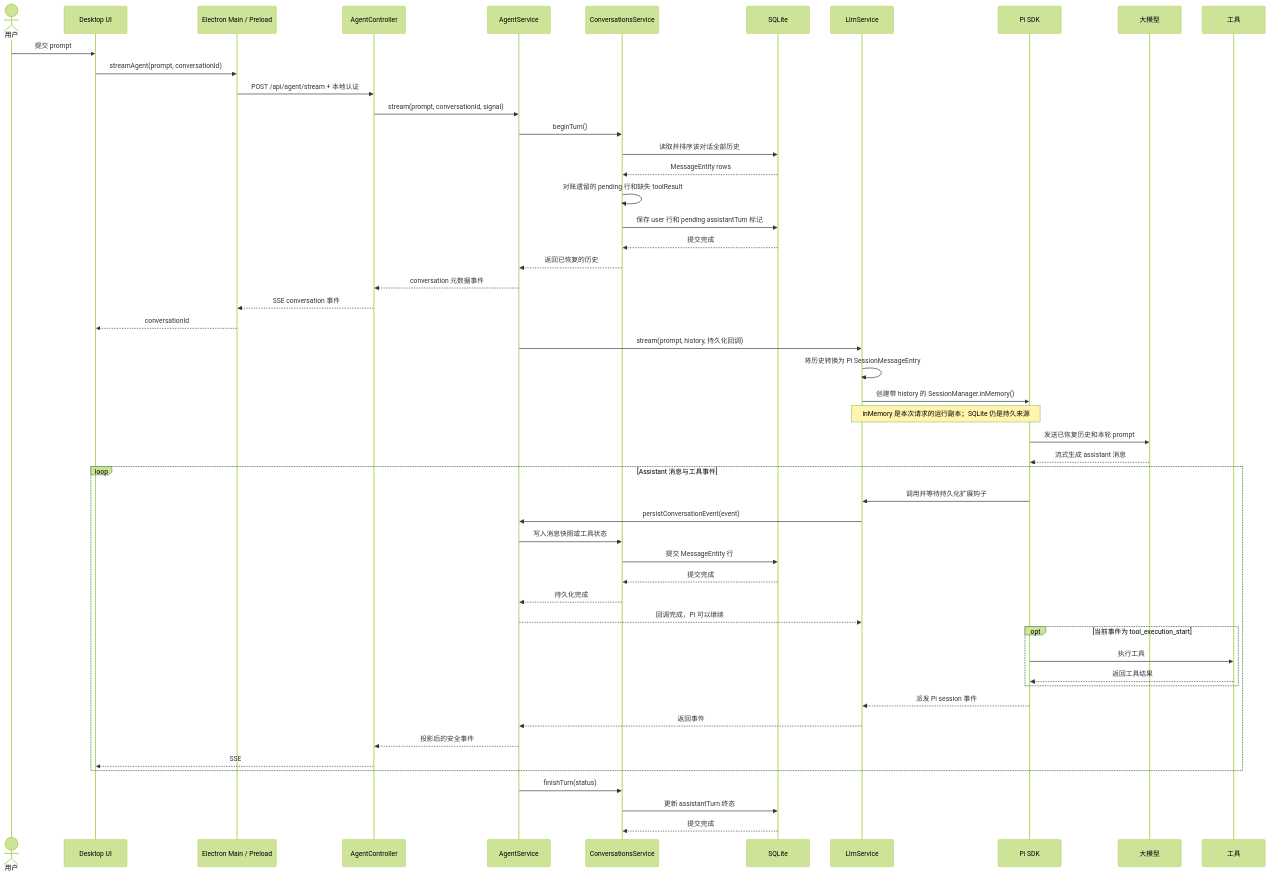
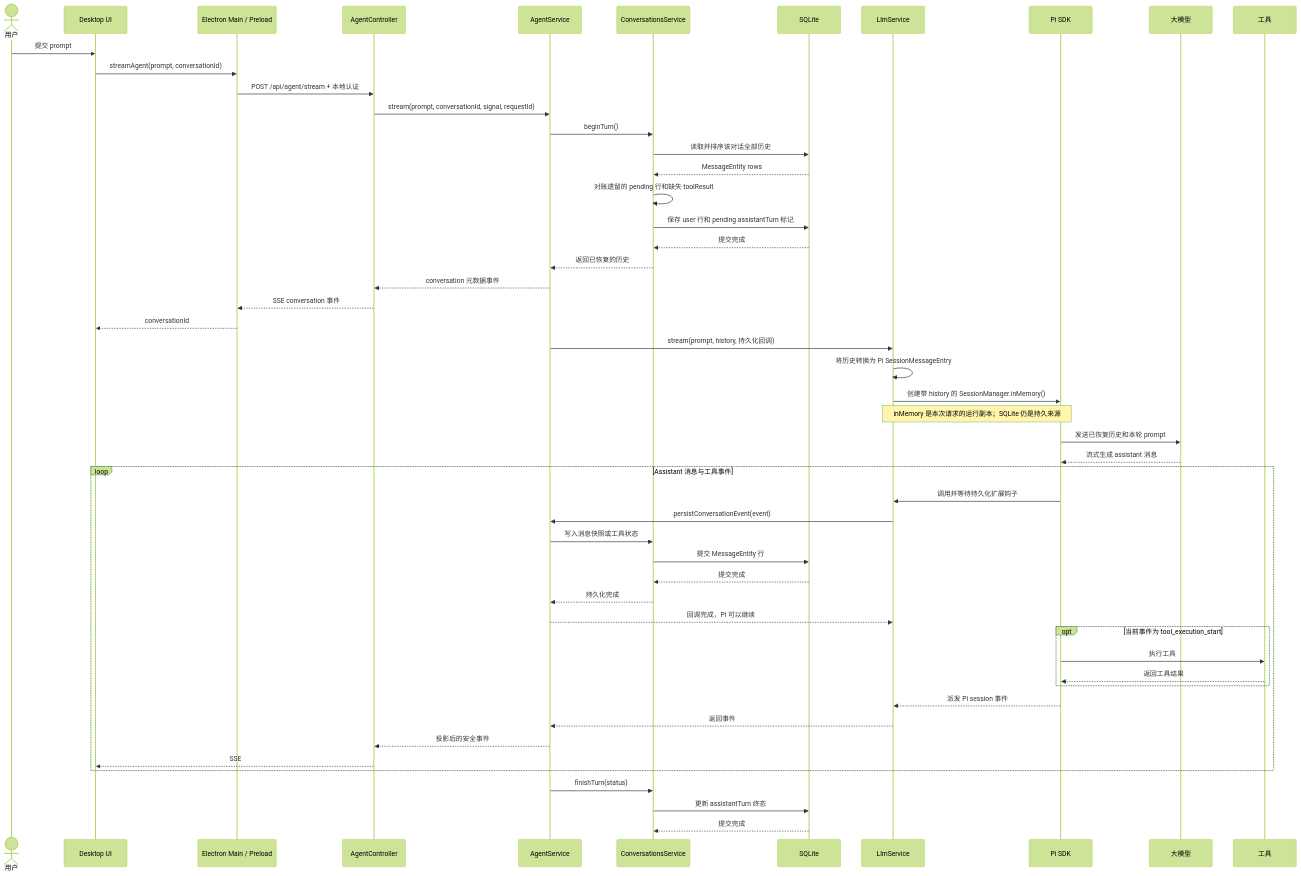
One commit to yuchentime/tech-forge changed the diagram in docs/current/platform/agent-runtime.md. Above: the diagram before and after it, drawn with Mermaid (forest theme). The commit also changed other lines of this file and 34 other files, not shown here.

````diff
--- a/docs/current/platform/agent-runtime.md
+++ b/docs/current/platform/agent-runtime.md
@@ -38,58 +49,58 @@
 ```mermaid
 sequenceDiagram
     actor User as 用户
     participant UI as Desktop UI
     participant Main as Electron Main / Preload
     participant HTTP as AgentController
     participant Agent as AgentService
     participant Conv as ConversationsService
     participant DB as SQLite
     participant LLM as LlmService
     participant Pi as Pi SDK
     participant Model as 大模型
     participant Tool as 工具
 
     User->>UI: 提交 prompt
     UI->>Main: streamAgent(prompt, conversationId)
     Main->>HTTP: POST /api/agent/stream + 本地认证
-    HTTP->>Agent: stream(prompt, conversationId, signal)
+    HTTP->>Agent: stream(prompt, conversationId, signal, requestId)
     Agent->>Conv: beginTurn()
     Conv->>DB: 读取并排序该对话全部历史
     DB-->>Conv: MessageEntity rows
     Conv->>Conv: 对账遗留的 pending 行和缺失 toolResult
     Conv->>DB: 保存 user 行和 pending assistantTurn 标记
     DB-->>Conv: 提交完成
     Conv-->>Agent: 返回已恢复的历史
     Agent-->>HTTP: conversation 元数据事件
     HTTP-->>Main: SSE conversation 事件
     Main-->>UI: conversationId
 
     Agent->>LLM: stream(prompt, history, 持久化回调)
     LLM->>LLM: 将历史转换为 Pi SessionMessageEntry
     LLM->>Pi: 创建带 history 的 SessionManager.inMemory()
     Note over LLM,Pi: inMemory 是本次请求的运行副本；SQLite 仍是持久来源
     Pi->>Model: 发送已恢复历史和本轮 prompt
     Model-->>Pi: 流式生成 assistant 消息
 
     loop Assistant 消息与工具事件
         Pi->>LLM: 调用并等待持久化扩展钩子
         LLM->>Agent: persistConversationEvent(event)
         Agent->>Conv: 写入消息快照或工具状态
         Conv->>DB: 提交 MessageEntity 行
         DB-->>Conv: 提交完成
         Conv-->>Agent: 持久化完成
         Agent-->>LLM: 回调完成，Pi 可以继续
         opt 当前事件为 tool_execution_start
             Pi->>Tool: 执行工具
             Tool-->>Pi: 返回工具结果
         end
         Pi-->>LLM: 派发 Pi session 事件
         LLM-->>Agent: 返回事件
         Agent-->>HTTP: 投影后的安全事件
         HTTP-->>UI: SSE
     end
 
     Agent->>Conv: finishTurn(status)
     Conv->>DB: 更新 assistantTurn 终态
     DB-->>Conv: 提交完成
 ```
````
